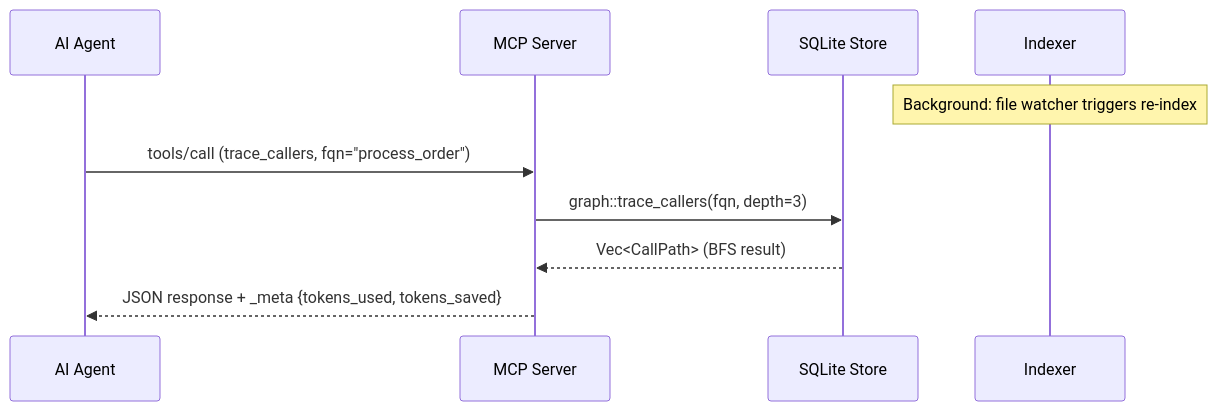
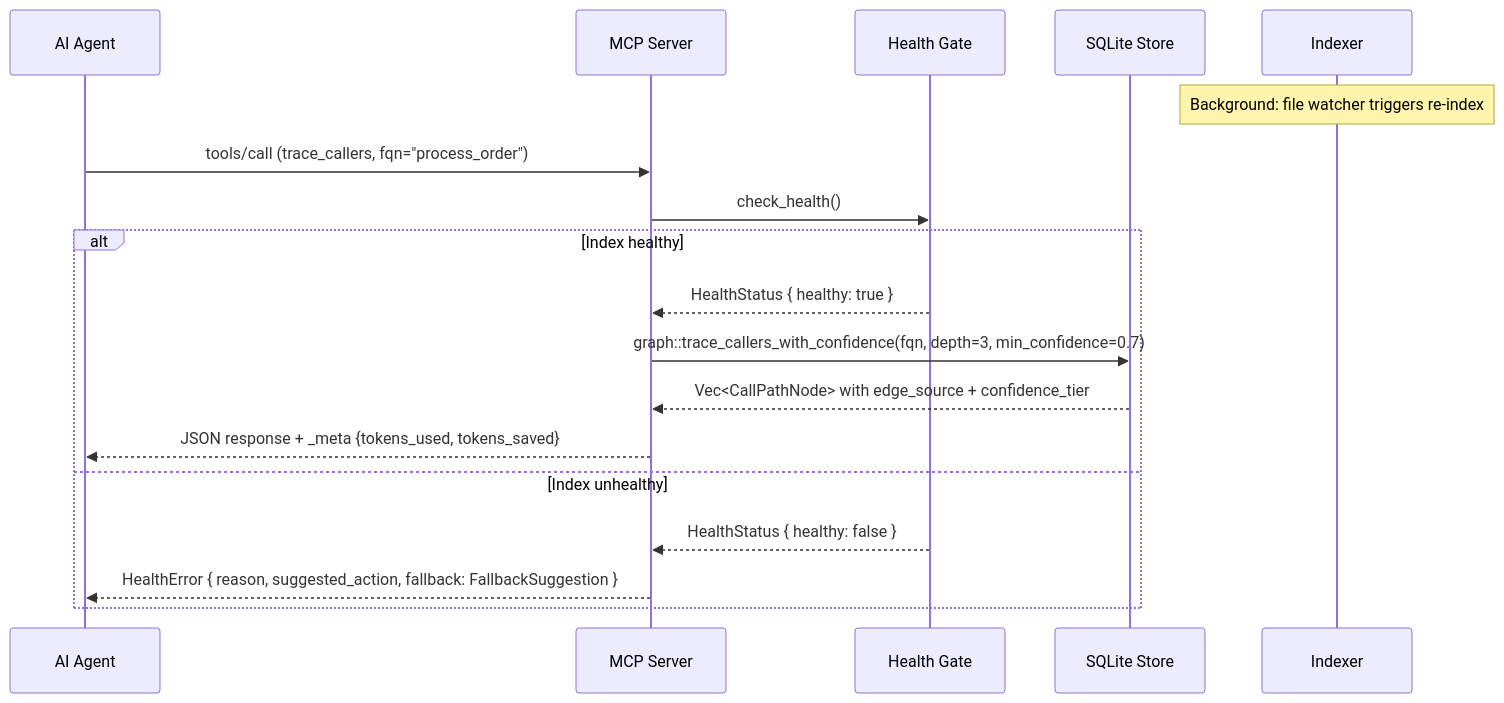
One commit to 1337Xcode/cortex changed the second of 6 diagrams in docs/architecture.md. Above: the diagram before and after it, drawn with Mermaid. The commit also changed other lines of this file and 81 other files, not shown here.

Commit message:
feat: v1.1.0 - SCIP ingestion, confidence edges, framework adapters, health gate, token savings baseline, repo brief

````diff
--- a/docs/architecture.md
+++ b/docs/architecture.md
@@ -36,14 +39,22 @@
 ```mermaid
 sequenceDiagram
     participant Agent as AI Agent
     participant MCP as MCP Server
+    participant HG as Health Gate
     participant Store as SQLite Store
     participant Indexer as Indexer
 
     Note over Indexer: Background: file watcher triggers re-index
 
     Agent->>MCP: tools/call (trace_callers, fqn="process_order")
-    MCP->>Store: graph::trace_callers(fqn, depth=3)
-    Store-->>MCP: Vec<CallPath> (BFS result)
-    MCP-->>Agent: JSON response + _meta {tokens_used, tokens_saved}
+    MCP->>HG: check_health()
+    alt Index healthy
+        HG-->>MCP: HealthStatus { healthy: true }
+        MCP->>Store: graph::trace_callers_with_confidence(fqn, depth=3, min_confidence=0.7)
+        Store-->>MCP: Vec<CallPathNode> with edge_source + confidence_tier
+        MCP-->>Agent: JSON response + _meta {tokens_used, tokens_saved}
+    else Index unhealthy
+        HG-->>MCP: HealthStatus { healthy: false }
+        MCP-->>Agent: HealthError { reason, suggested_action, fallback: FallbackSuggestion }
+    end
 ```
````
